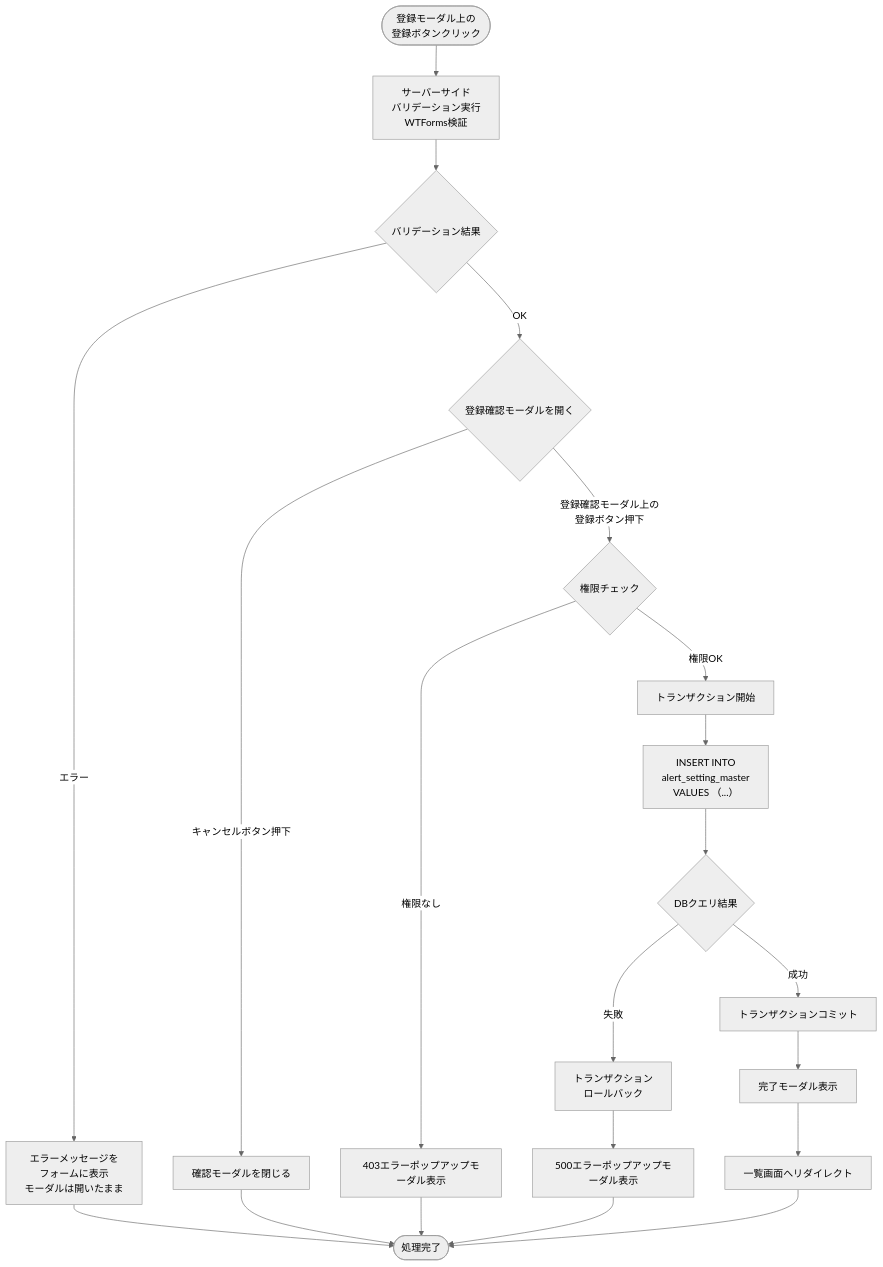
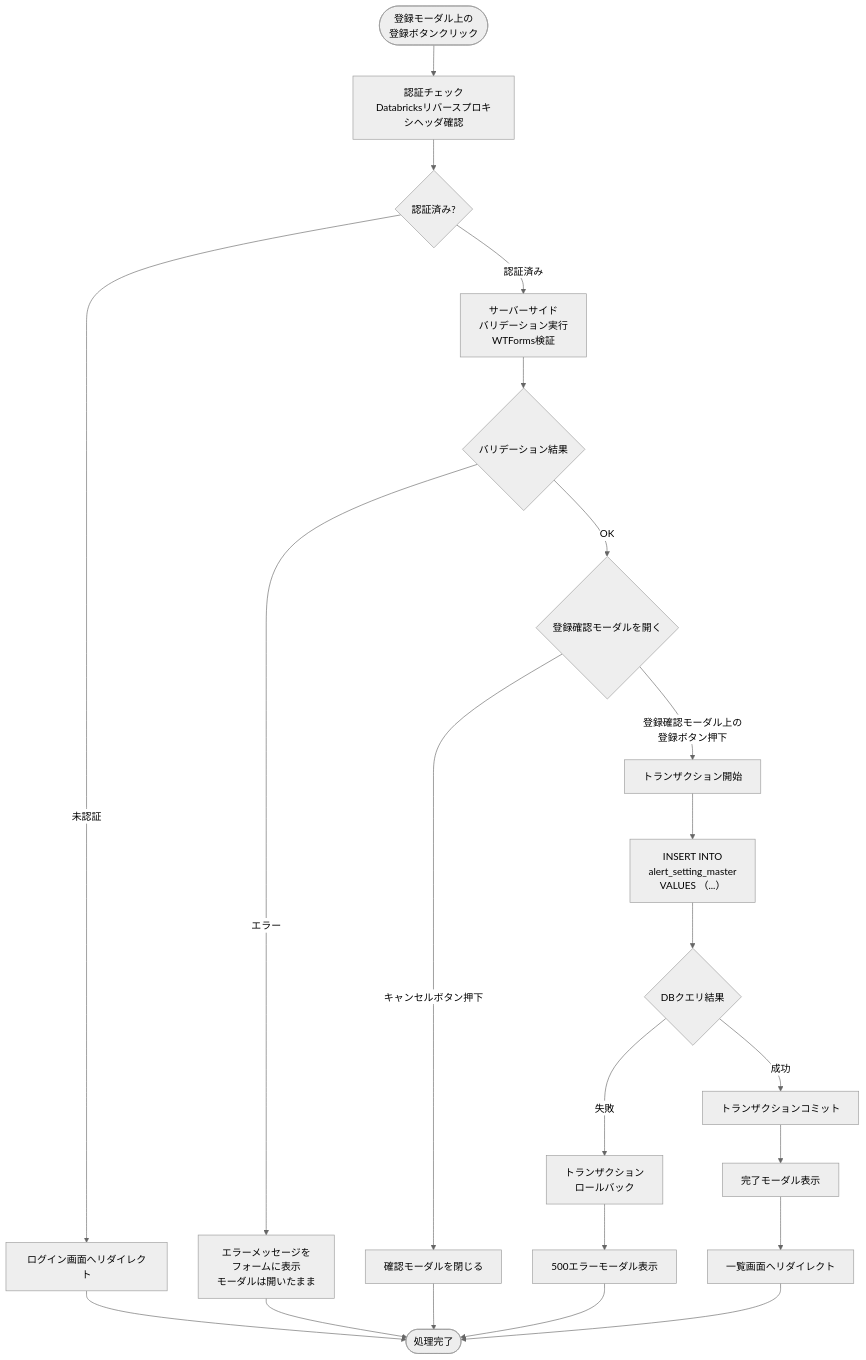
Before and after one commit to NSW-SVCP-AIWG002/Databricks-IoT: the fourth of 9 diagrams in docs/03-features/flask-app/alert-settings/workflow-specification.md, drawn with Mermaid (neutral theme). The commit also changed other lines of this file and 2 other files, not shown here.

````diff
--- a/docs/03-features/flask-app/alert-settings/workflow-specification.md
+++ b/docs/03-features/flask-app/alert-settings/workflow-specification.md
@@ -431,30 +471,31 @@
 ```mermaid
 flowchart TD
-    Start([登録モーダル上の<br>登録ボタンクリック]) --> Validate[サーバーサイド<br>バリデーション実行<br>WTForms検証]
+    Start([登録モーダル上の<br>登録ボタンクリック]) --> Auth[認証チェック<br>Databricksリバースプロキシヘッダ確認]
+    Auth --> CheckAuth{認証済み?}
+    CheckAuth -->|未認証| Error401[ログイン画面へリダイレクト]
+    Error401 --> End([処理完了])
+
+    CheckAuth -->|認証済み| Validate[サーバーサイド<br>バリデーション実行<br>WTForms検証]
     Validate --> ValidCheck{バリデーション結果}
 
     ValidCheck --> |エラー| ValidError[エラーメッセージを<br>フォームに表示<br>モーダルは開いたまま]
     ValidError  --> End
 
     ValidCheck --> |OK| ConfirmModal{登録確認モーダルを開く}
 
     ConfirmModal --> |キャンセルボタン押下| CloseModal[確認モーダルを閉じる]
     CloseModal --> End
 
-    ConfirmModal --> |登録確認モーダル上の<br>登録ボタン押下| CheckAuth{権限チェック}
-    CheckAuth --> |権限なし|Error403[403エラーポップアップモーダル表示]
-    Error403 --> End
-
-    CheckAuth --> |権限OK| TxStart[トランザクション開始]
+    ConfirmModal --> |登録確認モーダル上の<br>登録ボタン押下| TxStart[トランザクション開始]
     TxStart --> Insert[INSERT INTO<br> alert_setting_master<br>VALUES （...）]
     Insert --> CheckDB{DBクエリ結果}
-    
+
     CheckDB --> |失敗| Rollback[トランザクション<br>ロールバック]
-    Rollback --> ErrorMsg[500エラーポップアップモーダル表示]
+    Rollback --> ErrorMsg[500エラーモーダル表示]
     ErrorMsg --> End
 
     CheckDB --> |成功| Commit[トランザクションコミット]
     Commit --> SuccessMsg[完了モーダル表示]
     SuccessMsg --> Redirect[一覧画面へリダイレクト]
-    Redirect --> End([処理完了])
+    Redirect --> End
 ```
````
